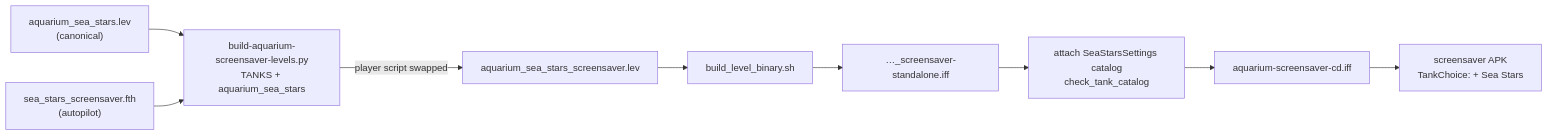
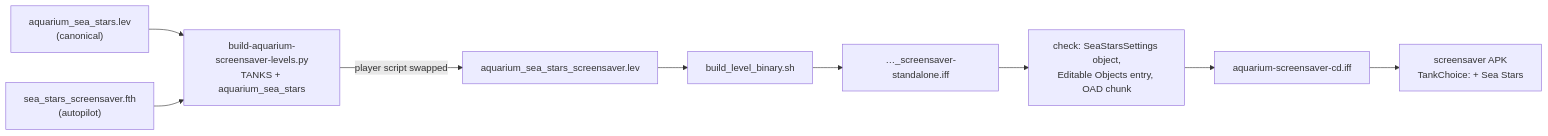
The sixth of 9 diagrams in docs/plans/2026-11-10-starfish-tank.md (wbniv/WorldFoundry), drawn with Mermaid before and after one commit. The commit also changed other lines of this file and 9 other files, not shown here.

First line of the commit message:
Unpark runtime object editing; Sea Stars settings become an OAS object

````diff
--- a/docs/plans/2026-11-10-starfish-tank.md
+++ b/docs/plans/2026-11-10-starfish-tank.md
@@ -229,11 +233,11 @@
 ```mermaid
 flowchart LR
     LEV["aquarium_sea_stars.lev<br/>(canonical)"] --> BSL["build-aquarium-screensaver-levels.py<br/>TANKS + aquarium_sea_stars"]
     FTH["sea_stars_screensaver.fth<br/>(autopilot)"] --> BSL
     BSL -->|"player script swapped"| VAR["aquarium_sea_stars_screensaver.lev"]
     VAR --> BLB["build_level_binary.sh"]
     BLB --> STD["…_screensaver-standalone.iff"]
-    STD --> CATA["attach SeaStarsSettings catalog<br/>check_tank_catalog"]
+    STD --> CATA["check: SeaStarsSettings object,<br/>Editable Objects entry, OAD chunk"]
     CATA --> CD["aquarium-screensaver-cd.iff"]
     CD --> APK["screensaver APK<br/>TankChoice: + Sea Stars"]
 ```
````
